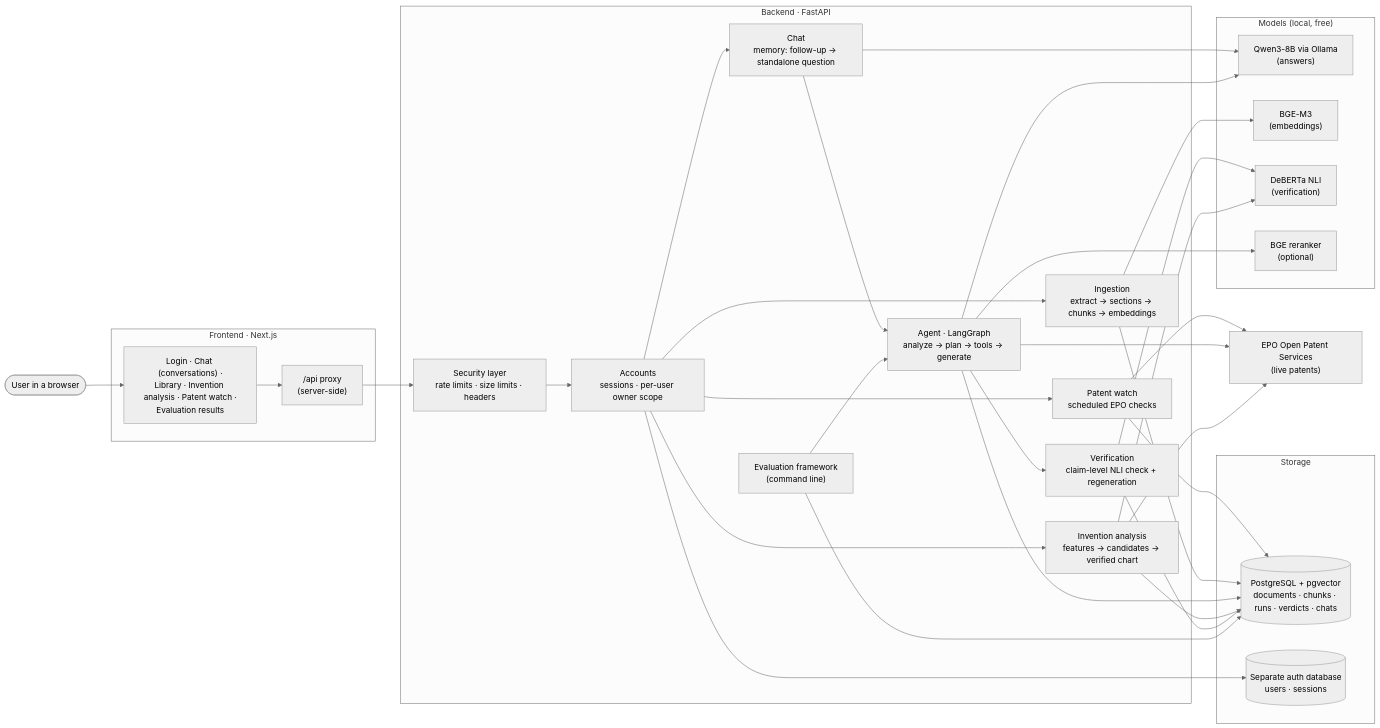
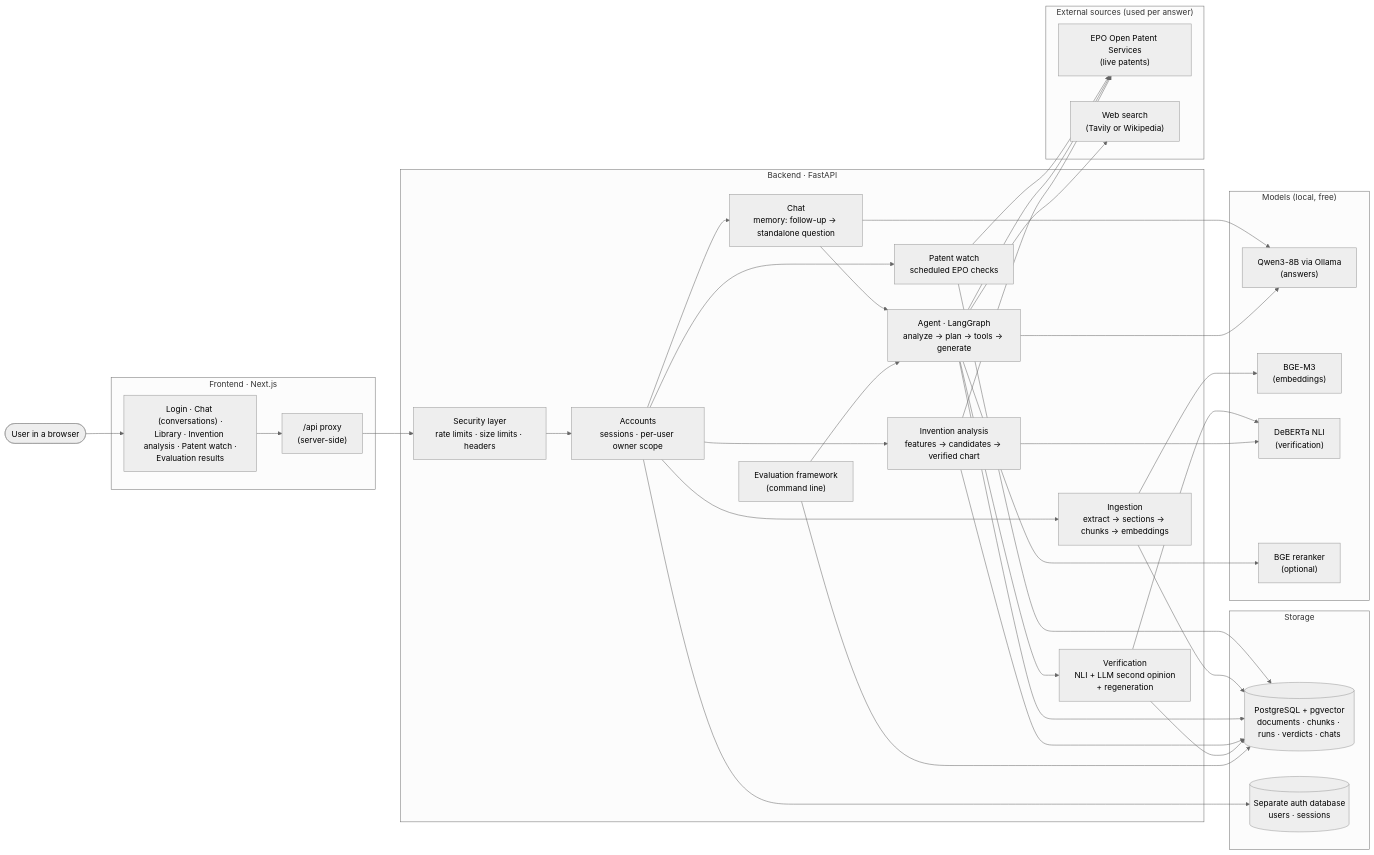
The diagram in docs/diagrams/1_architecture.mmd (saharsh-lab/Agentic-RAG-System-for-Patent-analysis), drawn with Mermaid (neutral theme) before and after one commit. The commit also changed 14 other files, not shown here.

```diff
--- a/docs/diagrams/1_architecture.mmd
+++ b/docs/diagrams/1_architecture.mmd
@@ -1,50 +1,54 @@
 flowchart LR
     user([User in a browser])
     subgraph UI["Frontend · Next.js"]
         pages["Login · Chat (conversations) ·<br/>Library · Invention analysis · Patent watch ·<br/>Evaluation results"]
         proxy["/api proxy<br/>(server-side)"]
     end
     subgraph API["Backend · FastAPI"]
         mw["Security layer<br/>rate limits · size limits · headers"]
         auth["Accounts<br/>sessions · per-user owner scope"]
         chat["Chat<br/>memory: follow-up → standalone question"]
         watch["Patent watch<br/>scheduled EPO checks"]
         ingest["Ingestion<br/>extract → sections → chunks → embeddings"]
         agent["Agent · LangGraph<br/>analyze → plan → tools → generate"]
-        verify["Verification<br/>claim-level NLI check + regeneration"]
+        verify["Verification<br/>NLI + LLM second opinion<br/>+ regeneration"]
         inv["Invention analysis<br/>features → candidates → verified chart"]
         eval["Evaluation framework<br/>(command line)"]
     end
     subgraph Data["Storage"]
         pg[("PostgreSQL + pgvector<br/>documents · chunks · runs · verdicts · chats")]
         authdb[("Separate auth database<br/>users · sessions")]
     end
     subgraph Models["Models (local, free)"]
         llm["Qwen3-8B via Ollama<br/>(answers)"]
         emb["BGE-M3<br/>(embeddings)"]
         nli["DeBERTa NLI<br/>(verification)"]
         rr["BGE reranker<br/>(optional)"]
     end
-    epo["EPO Open Patent Services<br/>(live patents)"]
+    subgraph External["External sources (used per answer)"]
+        epo["EPO Open Patent Services<br/>(live patents)"]
+        web["Web search<br/>(Tavily or Wikipedia)"]
+    end
 
     user --> pages --> proxy --> mw
     mw --> auth --> authdb
     auth --> chat & ingest & inv & watch
     chat --> agent
     chat --> llm
     watch --> epo
     watch --> pg
     agent --> verify
     ingest --> emb
     ingest --> pg
     agent --> pg
     agent --> llm
     agent --> rr
     agent --> epo
+    agent --> web
     verify --> nli
     inv --> pg
     inv --> nli
     inv --> epo
     verify --> pg
     eval --> agent
     eval --> pg
```
